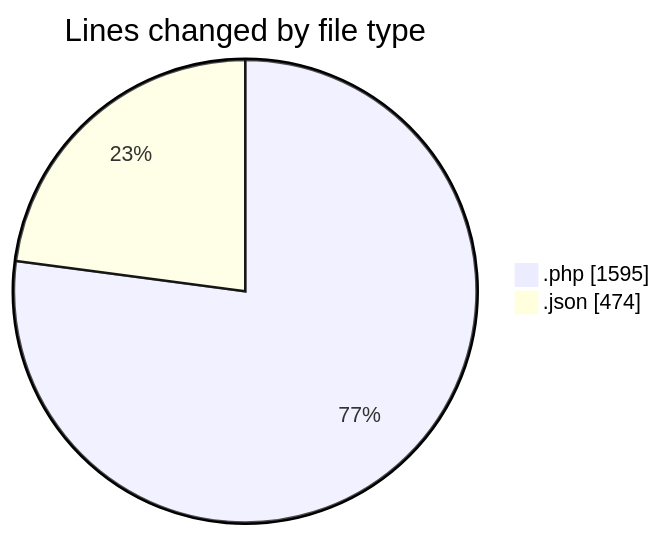
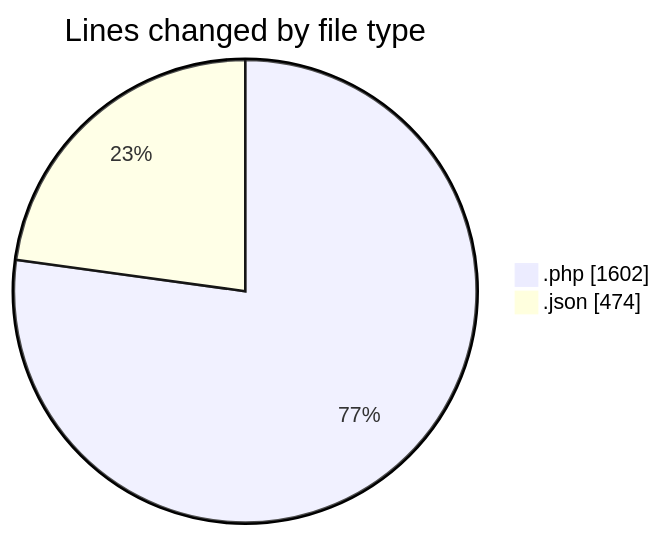
One commit to idhammustaqopulfikri/code-tracking changed the first of 2 diagrams in 2025-06-02/studio-backend/README.md. Above: the diagram before and after it, drawn with Mermaid. The commit also changed other lines of this file and 1 other file, not shown here.

````diff
--- a/2025-06-02/studio-backend/README.md
+++ b/2025-06-02/studio-backend/README.md
@@ -38,6 +38,6 @@
 ```mermaid
 pie showData
 title Lines changed by file type
-".php" : 1595
+".php" : 1602
 ".json" : 474
 ```
````
